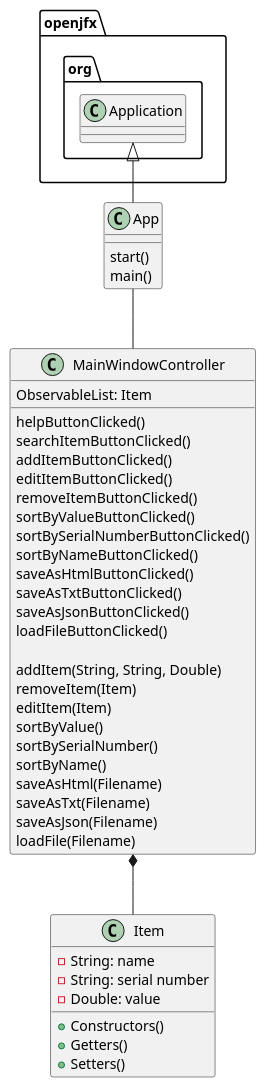
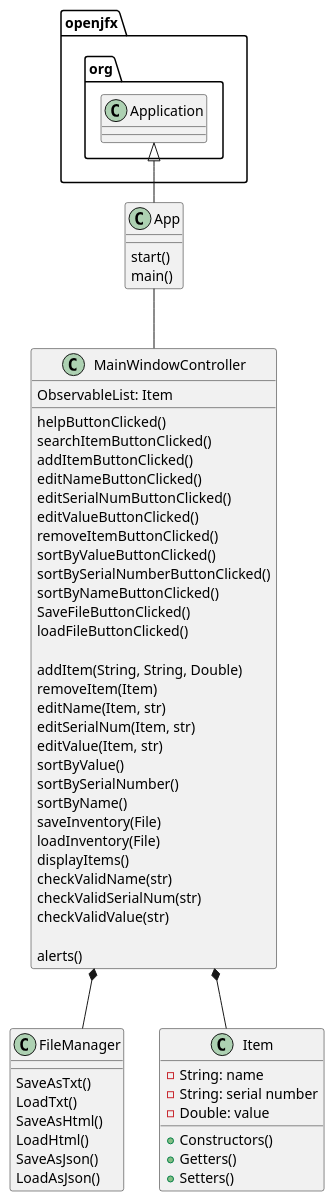
One commit to xFebreze/Dussuau-5664-a5 changed the diagram in UML/UML_A5.puml. Above: the diagram before and after it, drawn with PlantUML. The commit also changed 6 other files, not shown here.

```diff
--- a/UML/UML_A5.puml
+++ b/UML/UML_A5.puml
@@ -1,55 +1,71 @@
 @startuml
 'https://plantuml.com/class-diagram
 
 class App{
     start()
     main()
 }
 
 
 class MainWindowController{
     ObservableList: Item
 
 
     helpButtonClicked()
     searchItemButtonClicked()
     addItemButtonClicked()
-    editItemButtonClicked()
+    editNameButtonClicked()
+    editSerialNumButtonClicked()
+    editValueButtonClicked()
     removeItemButtonClicked()
     sortByValueButtonClicked()
     sortBySerialNumberButtonClicked()
     sortByNameButtonClicked()
-    saveAsHtmlButtonClicked()
-    saveAsTxtButtonClicked()
-    saveAsJsonButtonClicked()
+    SaveFileButtonClicked()
     loadFileButtonClicked()
 
     addItem(String, String, Double)
     removeItem(Item)
-    editItem(Item)
+    editName(Item, str)
+    editSerialNum(Item, str)
+    editValue(Item, str)
     sortByValue()
     sortBySerialNumber()
     sortByName()
-    saveAsHtml(Filename)
-    saveAsTxt(Filename)
-    saveAsJson(Filename)
-    loadFile(Filename)
+    saveInventory(File)
+    loadInventory(File)
+    displayItems()
+    checkValidName(str)
+    checkValidSerialNum(str)
+    checkValidValue(str)
+
+    alerts()
+}
+
+class FileManager{
+    SaveAsTxt()
+    LoadTxt()
+    SaveAsHtml()
+    LoadHtml()
+    SaveAsJson()
+    LoadAsJson()
 }
 
 
 class Item{
     - String: name
     - String: serial number
     - Double: value
 
     + Constructors()
     + Getters()
     + Setters()
 }
 
 openjfx.org.Application <|-- App
 App -- MainWindowController
+MainWindowController *-- FileManager
 MainWindowController *-- Item
 
 
 @enduml
```
